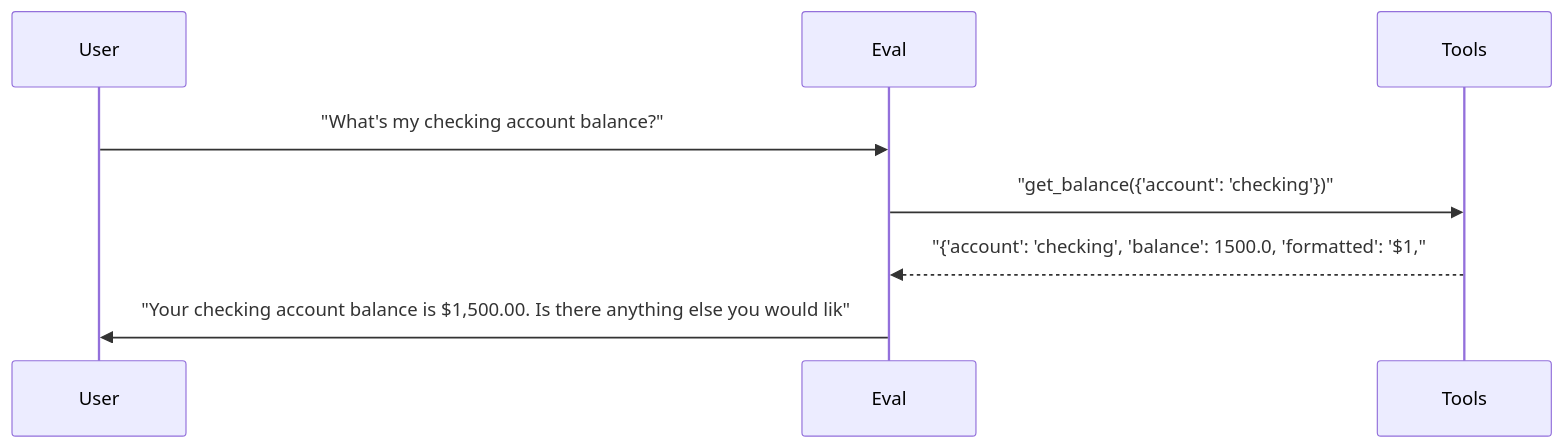
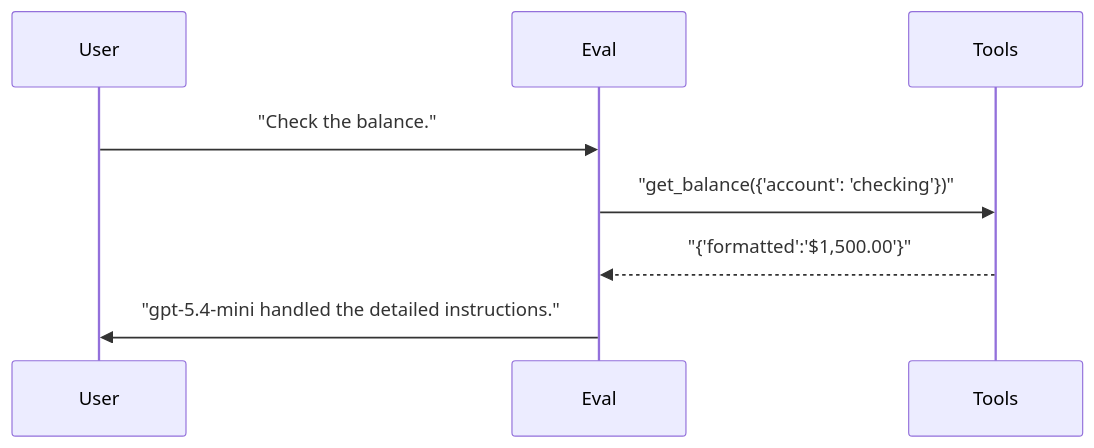
Before and after one commit to sbroenne/pytest-skill-engineering: the second of 4 diagrams in docs/reports/06_model_prompt_matrix.md, drawn with Mermaid. The commit also changed other lines of this file and 137 other files, not shown here.

````diff
--- a/docs/reports/06_model_prompt_matrix.md
+++ b/docs/reports/06_model_prompt_matrix.md
@@ -171,11 +94,11 @@
 ```mermaid
 sequenceDiagram
     participant User
     participant Eval
     participant Tools
 
-    User->>Eval: "What's my checking account balance?"
+    User->>Eval: "Check the balance."
     Eval->>Tools: "get_balance({'account': 'checking'})"
-    Tools-->>Eval: "{'account': 'checking', 'balance': 1500.0, 'formatted': '$1,"
-    Eval->>User: "Your checking account balance is $1,500.00. Is there anything else you would lik"
+    Tools-->>Eval: "{'formatted':'$1,500.00'}"
+    Eval->>User: "gpt-5.4-mini handled the detailed instructions."
 ```
````
